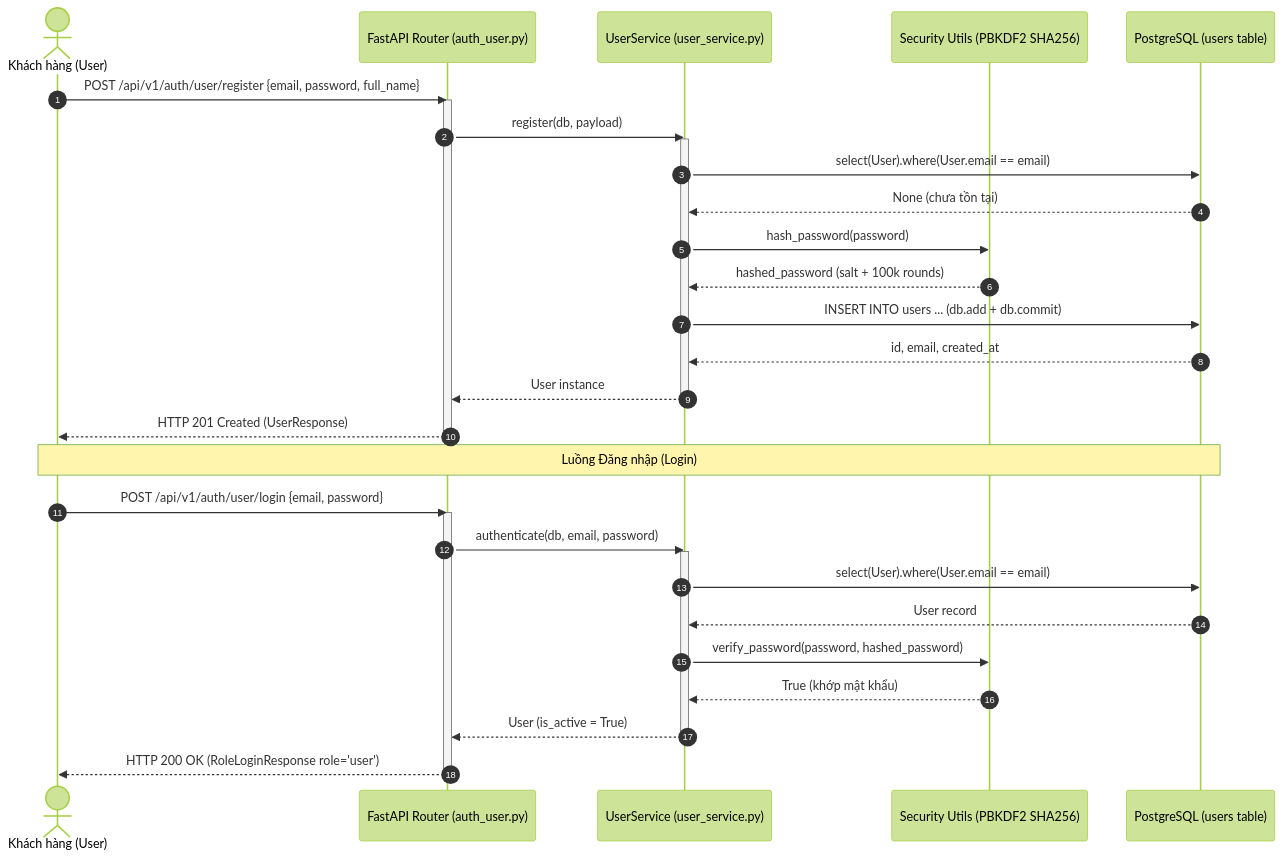
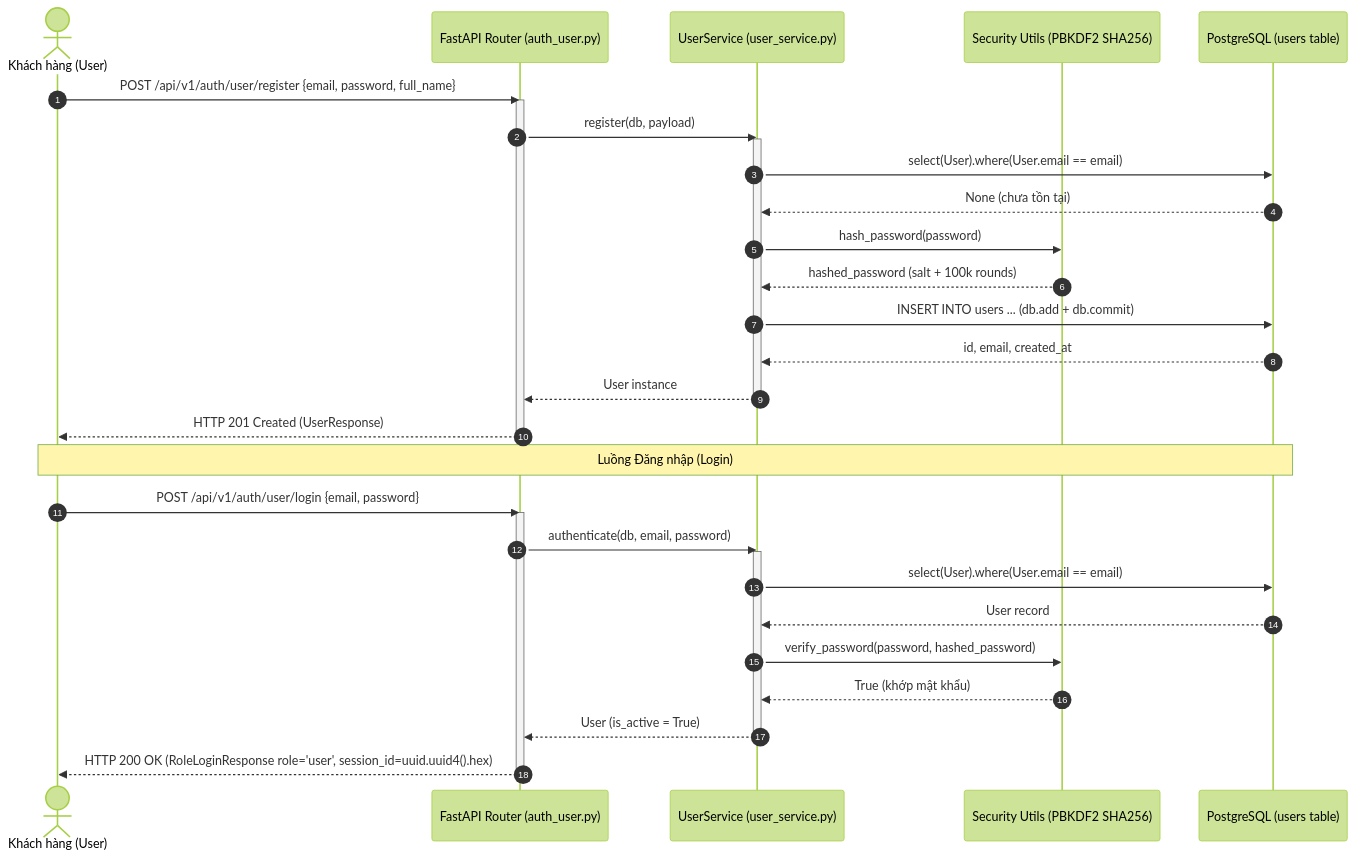
The first of 9 diagrams in docs/sequence-diagrams.md (TrnThanh/Test), drawn with Mermaid (forest theme) before and after one commit. The commit also changed other lines of this file and 12 other files, not shown here.

Commit message:
feat(uml): bo sung Class Diagram, cap nhat Use Cases, Sequence Diagrams va session_id

````diff
--- a/docs/sequence-diagrams.md
+++ b/docs/sequence-diagrams.md
@@ -31,38 +31,38 @@
 ```mermaid
 sequenceDiagram
     autonumber
     actor User as Khách hàng (User)
     participant API as FastAPI Router (auth_user.py)
     participant Svc as UserService (user_service.py)
     participant Sec as Security Utils (PBKDF2 SHA256)
     participant DB as PostgreSQL (users table)
 
     User->>API: POST /api/v1/auth/user/register {email, password, full_name}
     activate API
     API->>Svc: register(db, payload)
     activate Svc
     Svc->>DB: select(User).where(User.email == email)
     DB-->>Svc: None (chưa tồn tại)
     Svc->>Sec: hash_password(password)
     Sec-->>Svc: hashed_password (salt + 100k rounds)
     Svc->>DB: INSERT INTO users ... (db.add + db.commit)
     DB-->>Svc: id, email, created_at
     Svc-->>API: User instance
     deactivate Svc
     API-->>User: HTTP 201 Created (UserResponse)
     deactivate API
 
     Note over User, DB: Luồng Đăng nhập (Login)
     User->>API: POST /api/v1/auth/user/login {email, password}
     activate API
     API->>Svc: authenticate(db, email, password)
     activate Svc
     Svc->>DB: select(User).where(User.email == email)
     DB-->>Svc: User record
     Svc->>Sec: verify_password(password, hashed_password)
     Sec-->>Svc: True (khớp mật khẩu)
     Svc-->>API: User (is_active = True)
     deactivate Svc
-    API-->>User: HTTP 200 OK (RoleLoginResponse role='user')
+    API-->>User: HTTP 200 OK (RoleLoginResponse role='user', session_id=uuid.uuid4().hex)
     deactivate API
 ```
````
